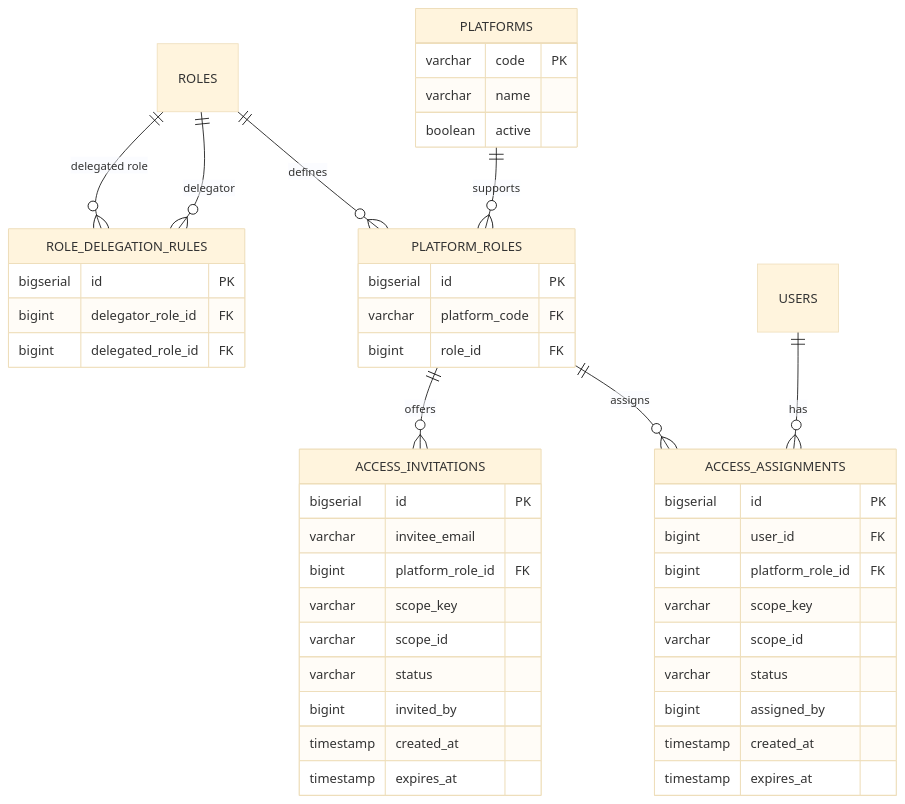
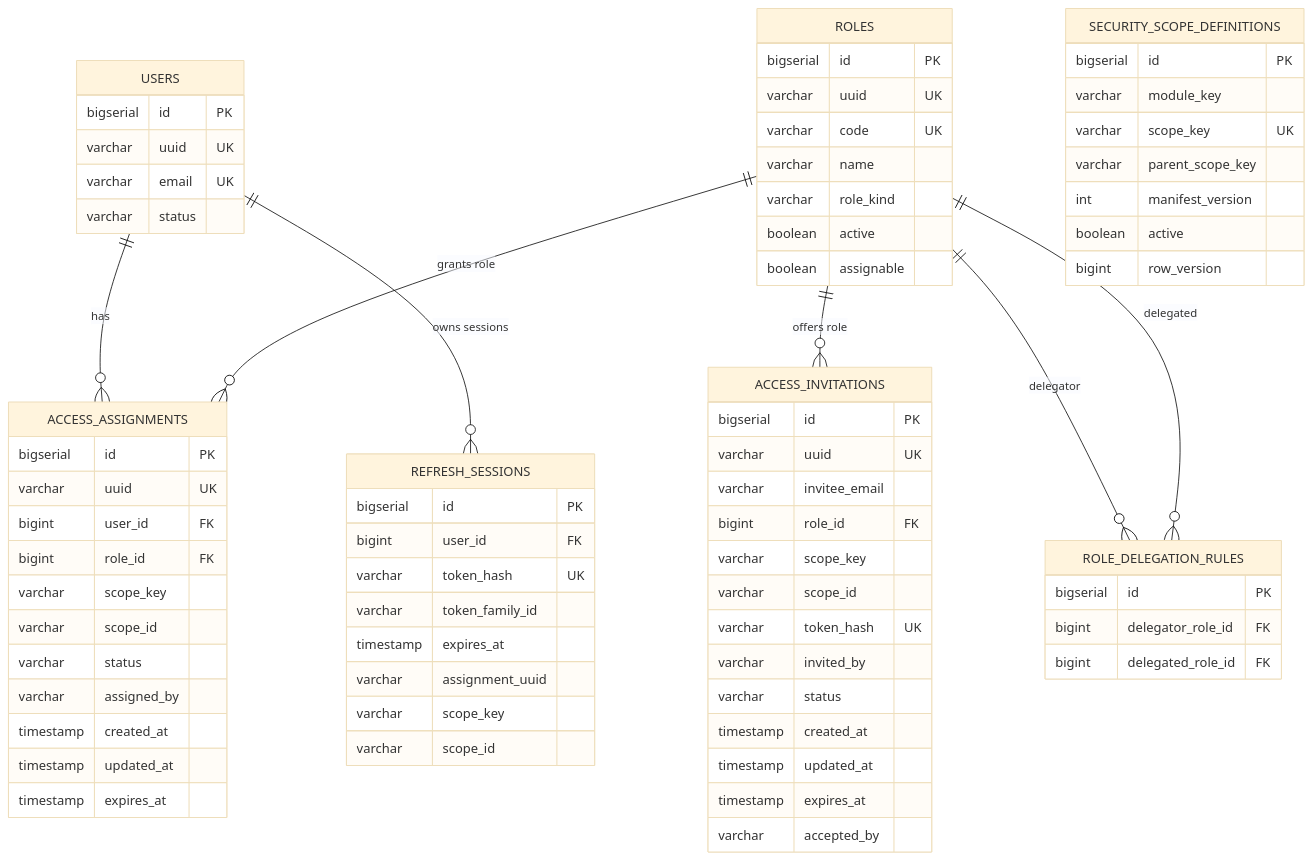
The second of 3 diagrams in docs/dev/domain/identity/architecture/DGR_003-Platform_scopes_bounded_context_architecture.md (khinemyaezin/grab), drawn with Mermaid (base theme) before and after one commit. The commit also changed other lines of this file and 178 other files, not shown here.

Commit message:
feat: enhance identity module with merchant ID support and new security manifest commands

````diff
--- a/docs/dev/domain/identity/architecture/DGR_003-Platform_scopes_bounded_context_architecture.md
+++ b/docs/dev/domain/identity/architecture/DGR_003-Platform_scopes_bounded_context_architecture.md
@@ -116,39 +126,50 @@
 ```mermaid
 erDiagram
-    PLATFORMS {
-        varchar code PK
-        varchar name
-        boolean active
+    USERS {
+        bigserial id PK
+        varchar uuid UK
+        varchar email UK
+        varchar status
     }
 
-    PLATFORM_ROLES {
+    ROLES {
         bigserial id PK
-        varchar platform_code FK
-        bigint role_id FK
+        varchar uuid UK
+        varchar code UK
+        varchar name
+        varchar role_kind
+        boolean active
+        boolean assignable
     }
 
     ACCESS_ASSIGNMENTS {
         bigserial id PK
+        varchar uuid UK
         bigint user_id FK
-        bigint platform_role_id FK
+        bigint role_id FK
         varchar scope_key
         varchar scope_id
         varchar status
-        bigint assigned_by
+        varchar assigned_by
         timestamp created_at
+        timestamp updated_at
         timestamp expires_at
     }
 
     ACCESS_INVITATIONS {
         bigserial id PK
+        varchar uuid UK
         varchar invitee_email
-        bigint platform_role_id FK
+        bigint role_id FK
         varchar scope_key
         varchar scope_id
+        varchar token_hash UK
+        varchar invited_by
         varchar status
-        bigint invited_by
         timestamp created_at
+        timestamp updated_at
         timestamp expires_at
+        varchar accepted_by
     }
 
     ROLE_DELEGATION_RULES {
@@ -157,11 +178,31 @@
         bigint delegated_role_id FK
     }
 
-    PLATFORMS ||--o{ PLATFORM_ROLES : "supports"
-    ROLES ||--o{ PLATFORM_ROLES : "defines"
+    SECURITY_SCOPE_DEFINITIONS {
+        bigserial id PK
+        varchar module_key
+        varchar scope_key UK
+        varchar parent_scope_key
+        int manifest_version
+        boolean active
+        bigint row_version
+    }
+
+    REFRESH_SESSIONS {
+        bigserial id PK
+        bigint user_id FK
+        varchar token_hash UK
+        varchar token_family_id
+        timestamp expires_at
+        varchar assignment_uuid
+        varchar scope_key
+        varchar scope_id
+    }
+
+    USERS ||--o{ ACCESS_ASSIGNMENTS : "has"
+    ROLES ||--o{ ACCESS_ASSIGNMENTS : "grants role"
+    ROLES ||--o{ ACCESS_INVITATIONS : "offers role"
     ROLES ||--o{ ROLE_DELEGATION_RULES : "delegator"
-    ROLES ||--o{ ROLE_DELEGATION_RULES : "delegated role"
-    USERS ||--o{ ACCESS_ASSIGNMENTS : "has"
-    PLATFORM_ROLES ||--o{ ACCESS_ASSIGNMENTS : "assigns"
-    PLATFORM_ROLES ||--o{ ACCESS_INVITATIONS : "offers"
+    ROLES ||--o{ ROLE_DELEGATION_RULES : "delegated"
+    USERS ||--o{ REFRESH_SESSIONS : "owns sessions"
 ```
````
